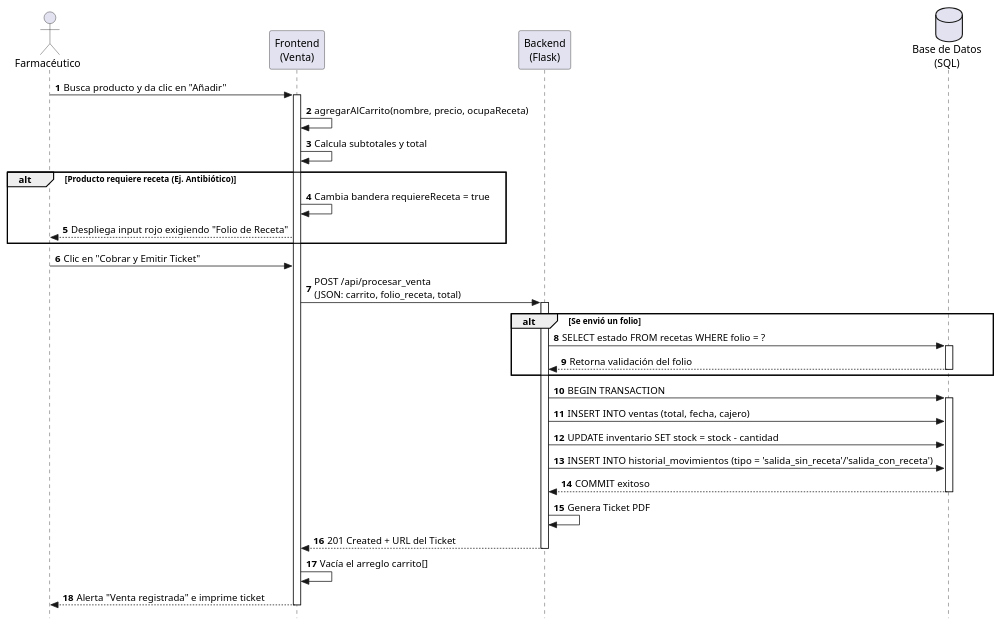
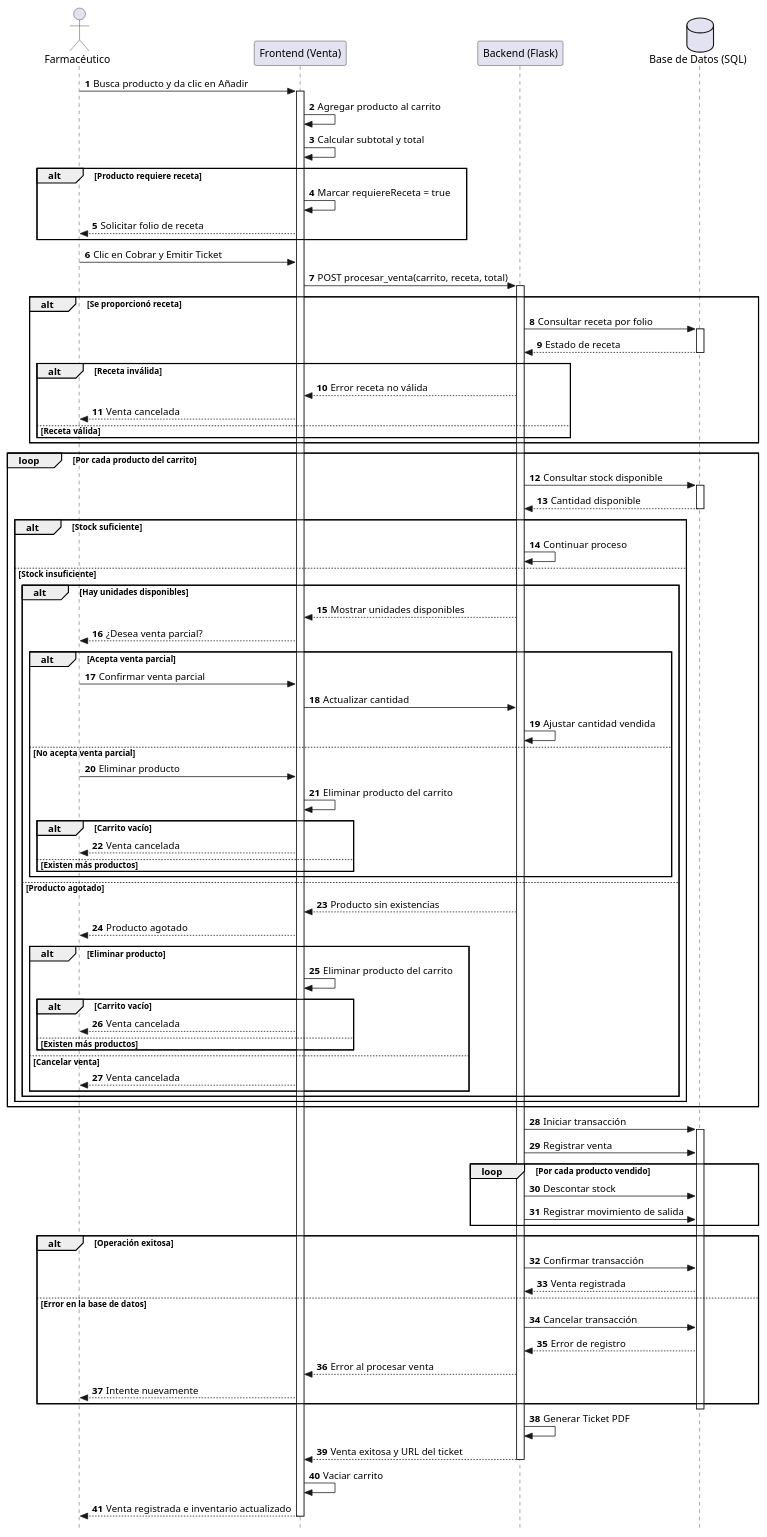
The diagram in DiagramasSecuencia/Farmacia/venta.puml (AlgorithmQuantum/Proyecto), drawn with PlantUML before and after one commit. The commit also changed 11 other files, not shown here.

Commit message:
correciones del los diagramas

```diff
--- a/DiagramasSecuencia/Farmacia/venta.puml
+++ b/DiagramasSecuencia/Farmacia/venta.puml
@@ -1,50 +1,177 @@
 @startuml punto_de_venta
+
 skinparam style strictuml
+
 autonumber
 
 actor Farmacéutico
-participant "Frontend\n(Venta)" as UI
-participant "Backend\n(Flask)" as Flask
-database "Base de Datos\n(SQL)" as BD
+participant "Frontend (Venta)" as UI
+participant "Backend (Flask)" as Flask
+database "Base de Datos (SQL)" as BD
 
-' Lógica local del Carrito (Frontend)
-Farmacéutico -> UI: Busca producto y da clic en "Añadir"
+Farmacéutico -> UI: Busca producto y da clic en Añadir
+
 activate UI
-UI -> UI: agregarAlCarrito(nombre, precio, ocupaReceta)
-UI -> UI: Calcula subtotales y total
 
-alt Producto requiere receta (Ej. Antibiótico)
-    UI -> UI: Cambia bandera requiereReceta = true
-    UI --> Farmacéutico: Despliega input rojo exigiendo "Folio de Receta"
+UI -> UI: Agregar producto al carrito
+UI -> UI: Calcular subtotal y total
+
+alt Producto requiere receta
+
+    UI -> UI: Marcar requiereReceta = true
+
+    UI --> Farmacéutico: Solicitar folio de receta
+
 end
 
-' Procesamiento de Venta
-Farmacéutico -> UI: Clic en "Cobrar y Emitir Ticket"
-UI -> Flask: POST /api/procesar_venta\n(JSON: carrito, folio_receta, total)
+Farmacéutico -> UI: Clic en Cobrar y Emitir Ticket
+
+UI -> Flask: POST procesar_venta(carrito, receta, total)
+
 activate Flask
 
-' Validación en servidor
-alt Se envió un folio
-    Flask -> BD: SELECT estado FROM recetas WHERE folio = ?
+alt Se proporcionó receta
+
+    Flask -> BD: Consultar receta por folio
+
     activate BD
-    BD --> Flask: Retorna validación del folio
+
+    BD --> Flask: Estado de receta
+
     deactivate BD
+
+    alt Receta inválida
+
+        Flask --> UI: Error receta no válida
+
+        UI --> Farmacéutico: Venta cancelada
+
+    else Receta válida
+
+    end
+
 end
 
-' Transacción SQL de Venta
-Flask -> BD: BEGIN TRANSACTION
+loop Por cada producto del carrito
+
+    Flask -> BD: Consultar stock disponible
+
+    activate BD
+
+    BD --> Flask: Cantidad disponible
+
+    deactivate BD
+
+    alt Stock suficiente
+
+        Flask -> Flask: Continuar proceso
+
+    else Stock insuficiente
+
+        alt Hay unidades disponibles
+
+            Flask --> UI: Mostrar unidades disponibles
+
+            UI --> Farmacéutico: ¿Desea venta parcial?
+
+            alt Acepta venta parcial
+
+                Farmacéutico -> UI: Confirmar venta parcial
+
+                UI -> Flask: Actualizar cantidad
+
+                Flask -> Flask: Ajustar cantidad vendida
+
+            else No acepta venta parcial
+
+                Farmacéutico -> UI: Eliminar producto
+
+                UI -> UI: Eliminar producto del carrito
+
+                alt Carrito vacío
+
+                    UI --> Farmacéutico: Venta cancelada
+
+                else Existen más productos
+
+                end
+
+            end
+
+        else Producto agotado
+
+            Flask --> UI: Producto sin existencias
+
+            UI --> Farmacéutico: Producto agotado
+
+            alt Eliminar producto
+
+                UI -> UI: Eliminar producto del carrito
+
+                alt Carrito vacío
+
+                    UI --> Farmacéutico: Venta cancelada
+
+                else Existen más productos
+
+                end
+
+            else Cancelar venta
+
+                UI --> Farmacéutico: Venta cancelada
+
+            end
+
+        end
+
+    end
+
+end
+
+Flask -> BD: Iniciar transacción
+
 activate BD
-Flask -> BD: INSERT INTO ventas (total, fecha, cajero)
-Flask -> BD: UPDATE inventario SET stock = stock - cantidad
-Flask -> BD: INSERT INTO historial_movimientos (tipo = 'salida_sin_receta'/'salida_con_receta')
-BD --> Flask: COMMIT exitoso
+
+Flask -> BD: Registrar venta
+
+loop Por cada producto vendido
+
+    Flask -> BD: Descontar stock
+
+    Flask -> BD: Registrar movimiento de salida
+
+end
+
+alt Operación exitosa
+
+    Flask -> BD: Confirmar transacción
+
+    BD --> Flask: Venta registrada
+
+else Error en la base de datos
+
+    Flask -> BD: Cancelar transacción
+
+    BD --> Flask: Error de registro
+
+    Flask --> UI: Error al procesar venta
+
+    UI --> Farmacéutico: Intente nuevamente
+
+end
+
 deactivate BD
 
-Flask -> Flask: Genera Ticket PDF
-Flask --> UI: 201 Created + URL del Ticket
+Flask -> Flask: Generar Ticket PDF
+
+Flask --> UI: Venta exitosa y URL del ticket
+
 deactivate Flask
-UI -> UI: Vacía el arreglo carrito[]
-UI --> Farmacéutico: Alerta "Venta registrada" e imprime ticket
+
+UI -> UI: Vaciar carrito
+
+UI --> Farmacéutico: Venta registrada e inventario actualizado
+
 deactivate UI
 
 @enduml
```
